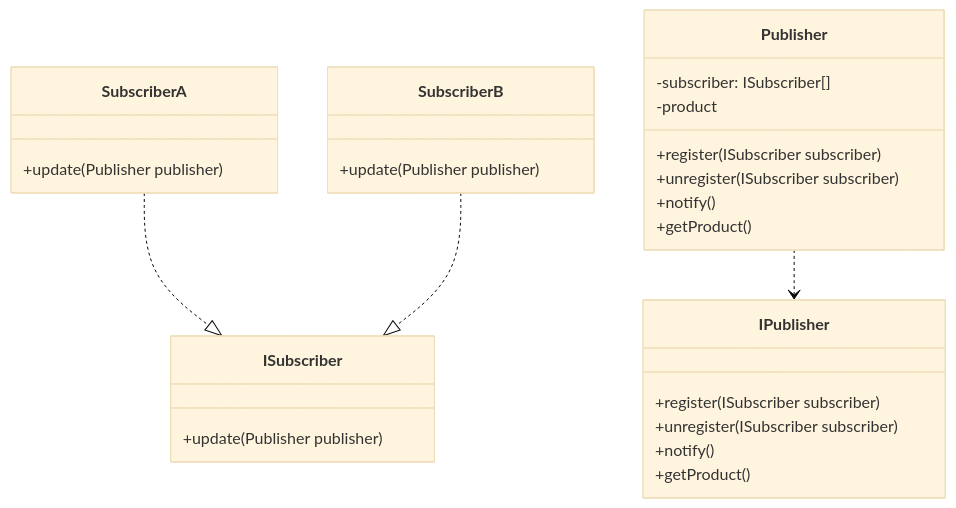
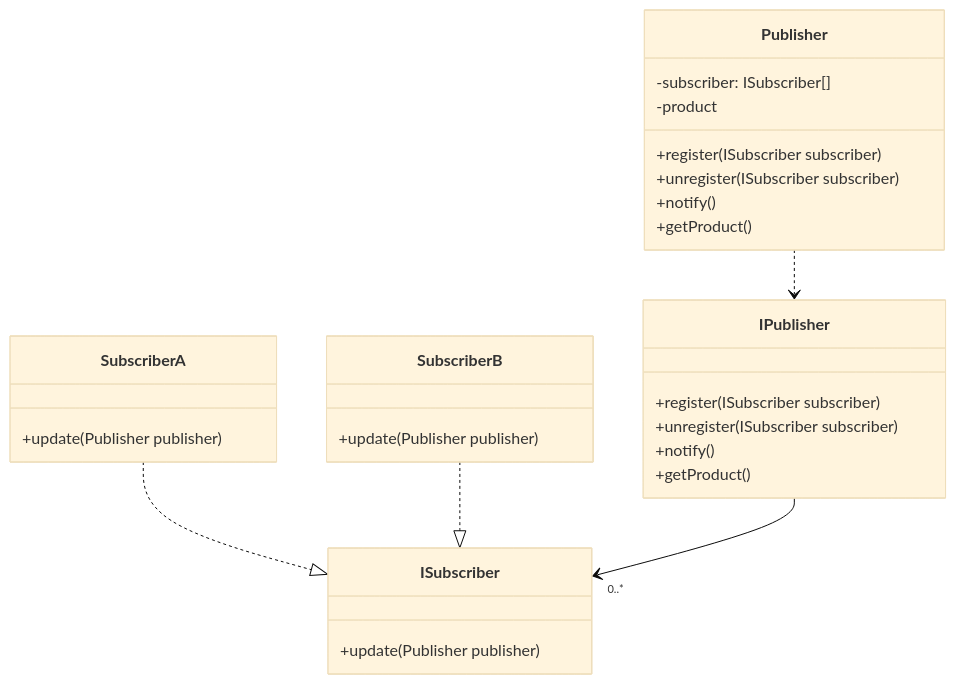
One commit to condinoaljoseph/design-patterns-typescript changed the diagram in src/Observer/Conceptual/README.md. Above: the diagram before and after it, drawn with Mermaid (base theme).

Commit message:
add relationship

````diff
--- a/src/Observer/Conceptual/README.md
+++ b/src/Observer/Conceptual/README.md
@@ -1,27 +1,28 @@
 ```mermaid
 classDiagram
     SubscriberA ..|> ISubscriber
     SubscriberB ..|> ISubscriber
     Publisher ..> IPublisher
     ISubscriber: +update(Publisher publisher)
+    IPublisher --> "0..*" ISubscriber
     class IPublisher{
         +register(ISubscriber subscriber)
         +unregister(ISubscriber subscriber)
         +notify()
         +getProduct()
     }
     class SubscriberA{
         +update(Publisher publisher)
     }
     class SubscriberB{
         +update(Publisher publisher)
     }
     class Publisher {
         -subscriber: ISubscriber[]
         -product
         +register(ISubscriber subscriber)
         +unregister(ISubscriber subscriber)
         +notify()
         +getProduct()
     }
 ```
````
